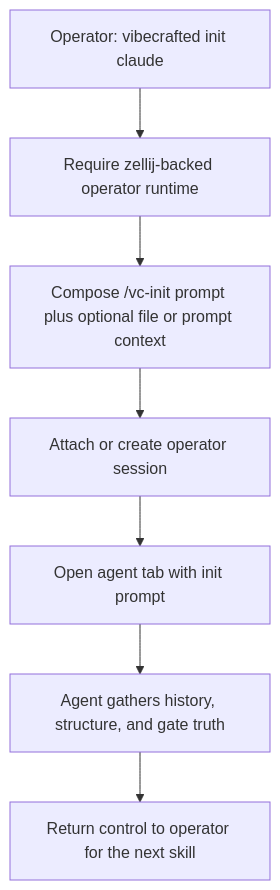
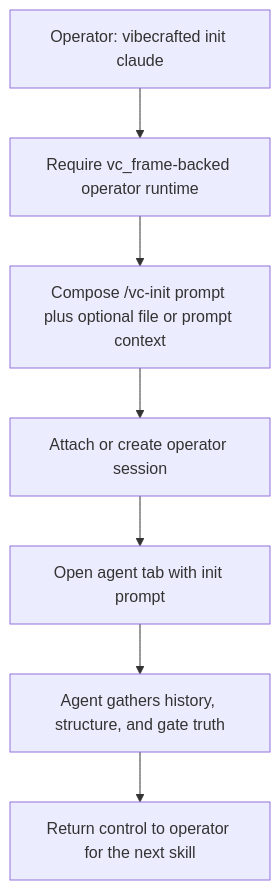
Before and after one commit to VetCoders/vibecrafted: the diagram in vibecrafted-core/vibecrafted_core/skills/pl/vc-init/FLOW.md, drawn with Mermaid. The commit also changed other lines of this file and 29 other files, not shown here.

````diff
--- a/vibecrafted-core/vibecrafted_core/skills/pl/vc-init/FLOW.md
+++ b/vibecrafted-core/vibecrafted_core/skills/pl/vc-init/FLOW.md
@@ -5,9 +5,9 @@
 ```mermaid
 flowchart TD
-    A[Operator: vibecrafted init claude] --> B[Require zellij-backed operator runtime]
+    A[Operator: vibecrafted init claude] --> B[Require vc_frame-backed operator runtime]
     B --> C[Compose /vc-init prompt plus optional file or prompt context]
     C --> D[Attach or create operator session]
     D --> E[Open agent tab with init prompt]
     E --> F[Agent gathers history, structure, and gate truth]
     F --> G[Return control to operator for the next skill]
 ```
````
